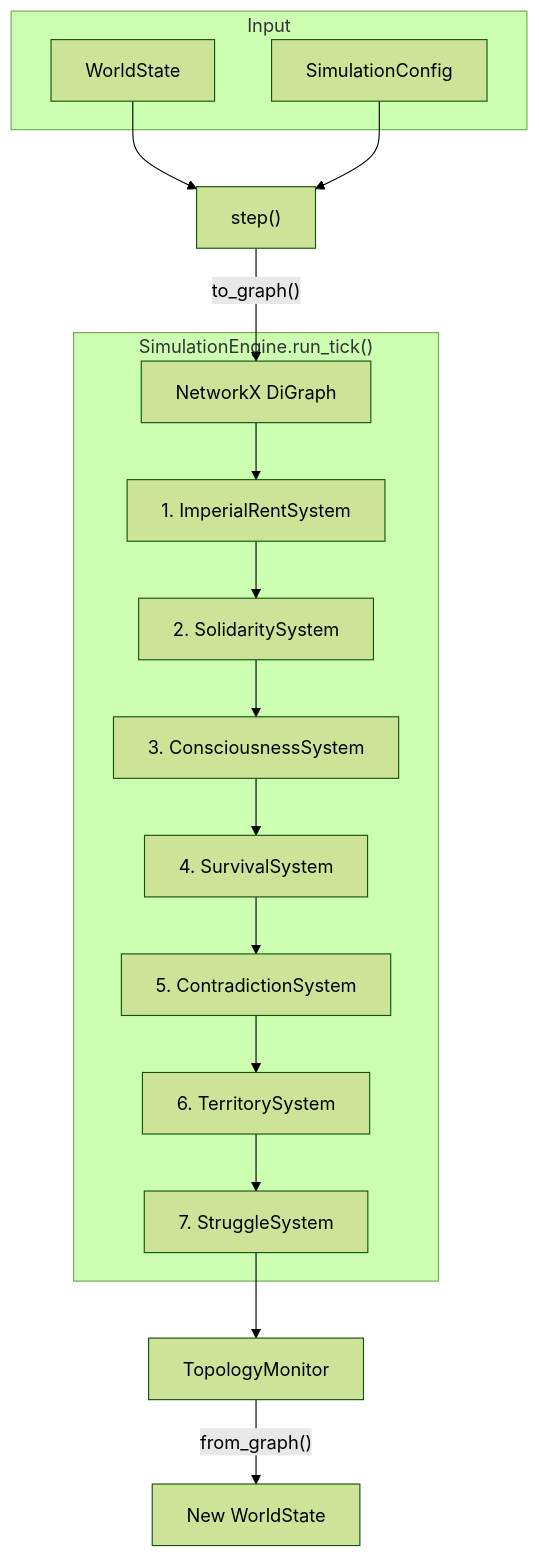
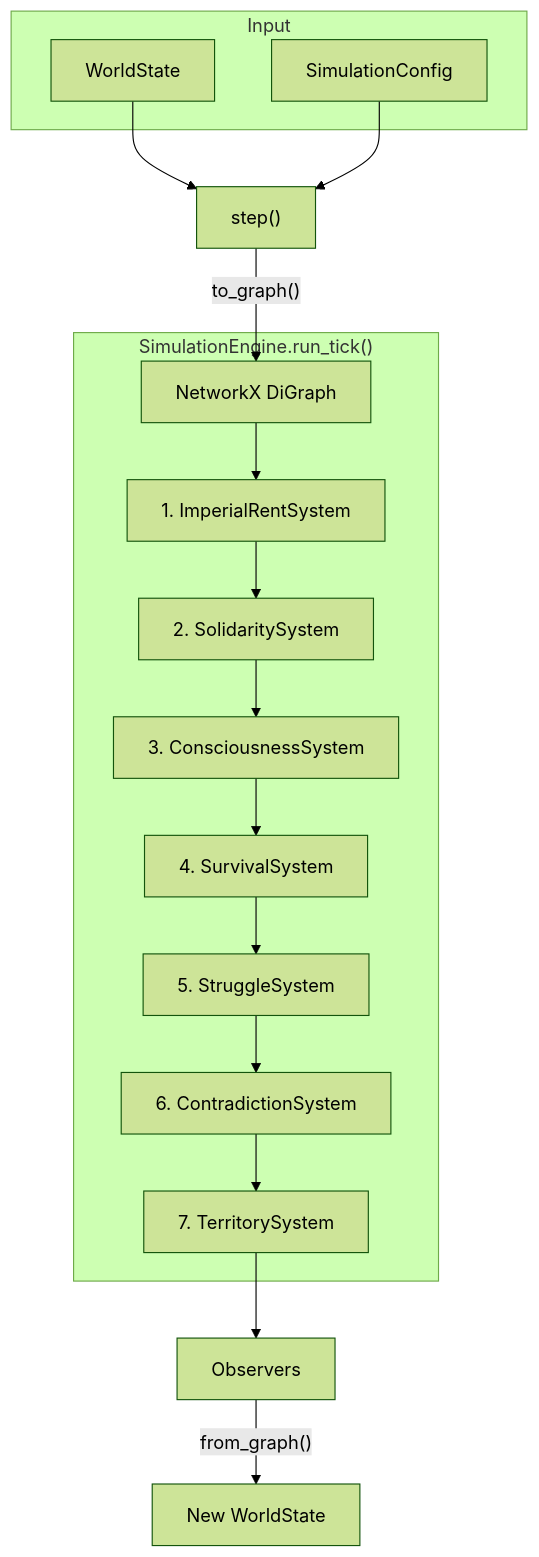
Before and after one commit to percy-raskova/babylon: the first of 2 diagrams in docs/concepts/architecture.rst, drawn with Mermaid (forest theme). The commit also changed other lines of this file and 189 other files, not shown here.

First line of the commit message:
Release: Epoch 2 architecture and mutation testing improvements (#70)

```diff
--- a/docs/concepts/architecture.rst
+++ b/docs/concepts/architecture.rst
@@ -203,21 +217,21 @@
 .. mermaid::
 
    flowchart TB
        subgraph Input
            WS[WorldState]
            SC[SimulationConfig]
        end
        WS --> step["step()"]
        SC --> step
        step -->|"to_graph()"| G[NetworkX DiGraph]
        subgraph Engine["SimulationEngine.run_tick()"]
            G --> S1[1. ImperialRentSystem]
            S1 --> S2[2. SolidaritySystem]
            S2 --> S3[3. ConsciousnessSystem]
            S3 --> S4[4. SurvivalSystem]
-           S4 --> S5[5. ContradictionSystem]
-           S5 --> S6[6. TerritorySystem]
-           S6 --> S7[7. StruggleSystem]
+           S4 --> S5[5. StruggleSystem]
+           S5 --> S6[6. ContradictionSystem]
+           S6 --> S7[7. TerritorySystem]
        end
-       S7 --> OBS[TopologyMonitor]
+       S7 --> OBS[Observers]
        OBS -->|"from_graph()"| WS2[New WorldState]
```
